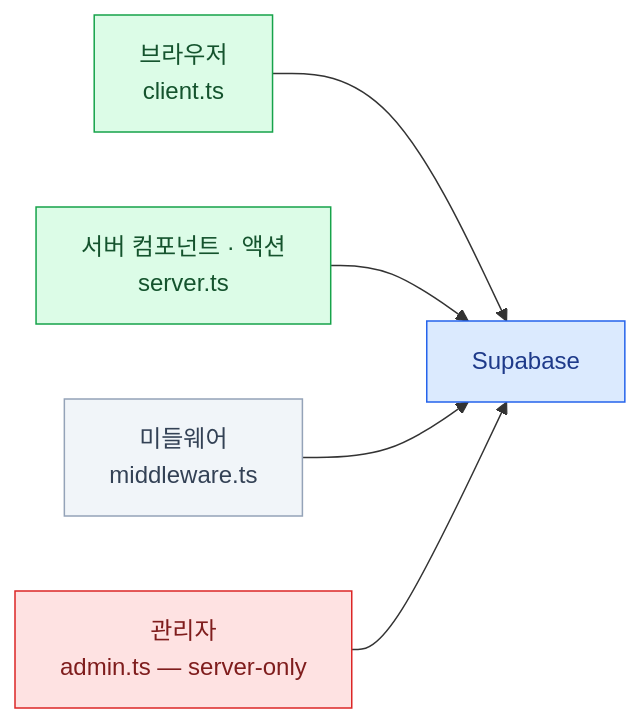
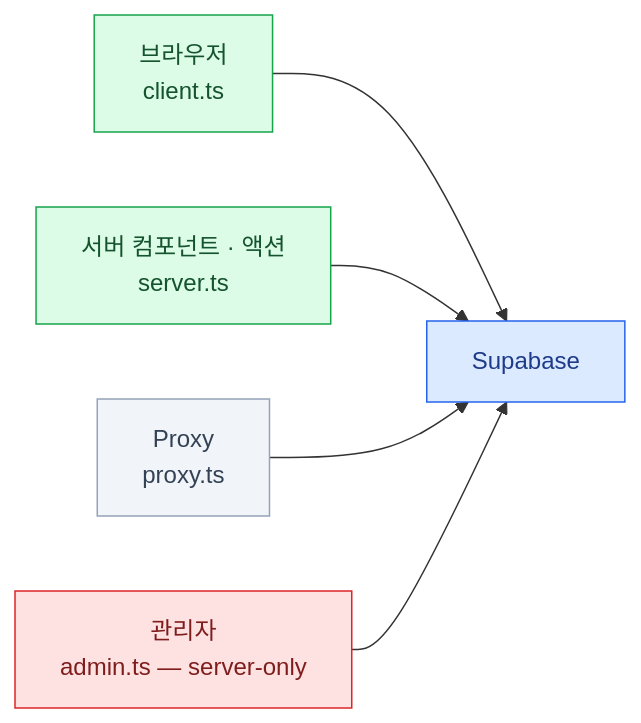
One commit to mechurak/study-starlight changed the diagram in src/content/docs/supabase/13-nextjs.mdx. Above: the diagram before and after it, drawn with Mermaid. The commit also changed other lines of this file and 19 other files, not shown here.

````diff
--- a/src/content/docs/supabase/13-nextjs.mdx
+++ b/src/content/docs/supabase/13-nextjs.mdx
@@ -45,16 +47,16 @@
 ```mermaid
 flowchart LR
     B["브라우저<br/>client.ts"] --> S["Supabase"]
     SC["서버 컴포넌트 · 액션<br/>server.ts"] --> S
-    MW["미들웨어<br/>middleware.ts"] --> S
+    MW["Proxy<br/>proxy.ts"] --> S
     AD["관리자<br/>admin.ts — server-only"] --> S
 
     classDef ok   fill:#dcfce7,stroke:#16a34a,color:#14532d
     classDef bad  fill:#fee2e2,stroke:#dc2626,color:#7f1d1d
     classDef key  fill:#dbeafe,stroke:#2563eb,color:#1e3a8a
     classDef mute fill:#f1f5f9,stroke:#94a3b8,color:#334155
     class B,SC ok
     class AD bad
     class S key
     class MW mute
 ```
````
